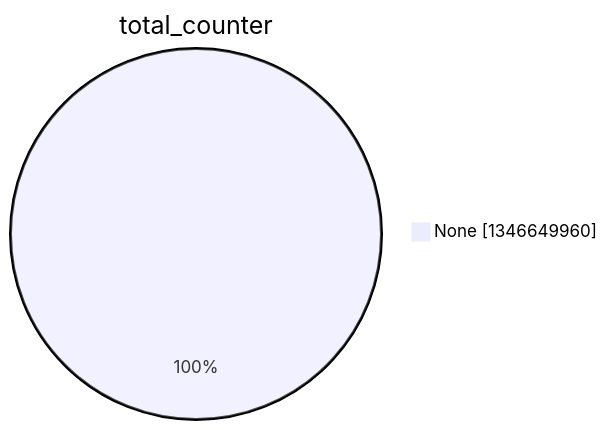
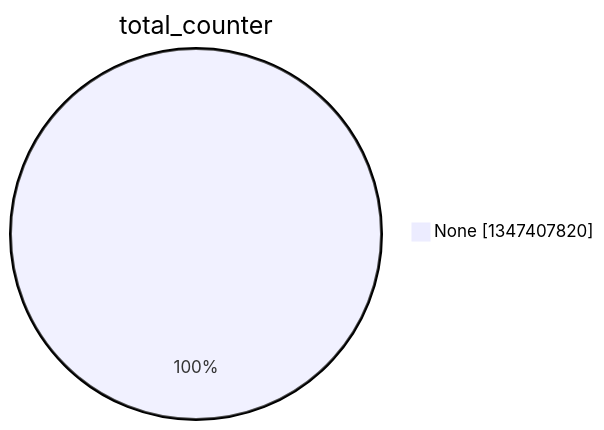
The second of 15 diagrams in argon2022/README.md (christiankrug/ctmonitor_visualization), drawn with Mermaid before and after one commit. The commit also changed other lines of this file, not shown here.

````diff
--- a/argon2022/README.md
+++ b/argon2022/README.md
@@ -9,5 +9,5 @@
 ```mermaid
 pie showData
 title total_counter
-"None" :1346649960
+"None" :1347407820
 ```
````
